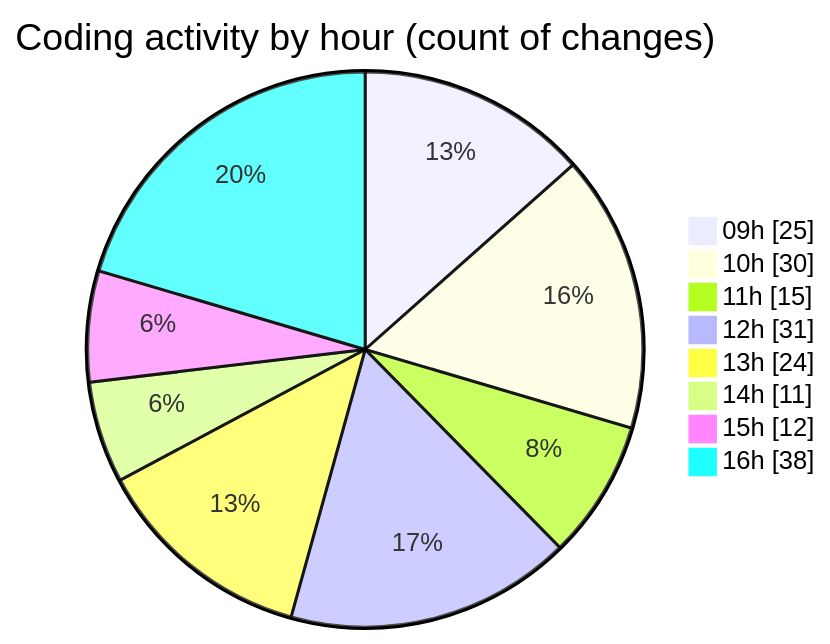
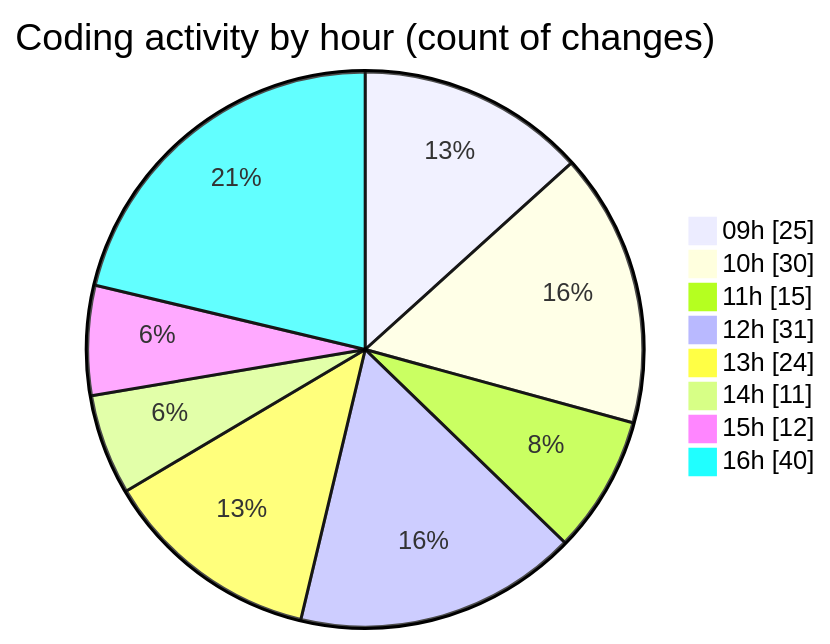
One commit to momahboobian/code-tracking changed the second of 2 diagrams in 2025-11-18/cda/README.md. Above: the diagram before and after it, drawn with Mermaid. The commit also changed other lines of this file and 1 other file, not shown here.

````diff
--- a/2025-11-18/cda/README.md
+++ b/2025-11-18/cda/README.md
@@ -46,12 +46,12 @@
 ```mermaid
 pie showData
 title Coding activity by hour (count of changes)
 "09h" : 25
 "10h" : 30
 "11h" : 15
 "12h" : 31
 "13h" : 24
 "14h" : 11
 "15h" : 12
-"16h" : 38
+"16h" : 40
 ```
````
